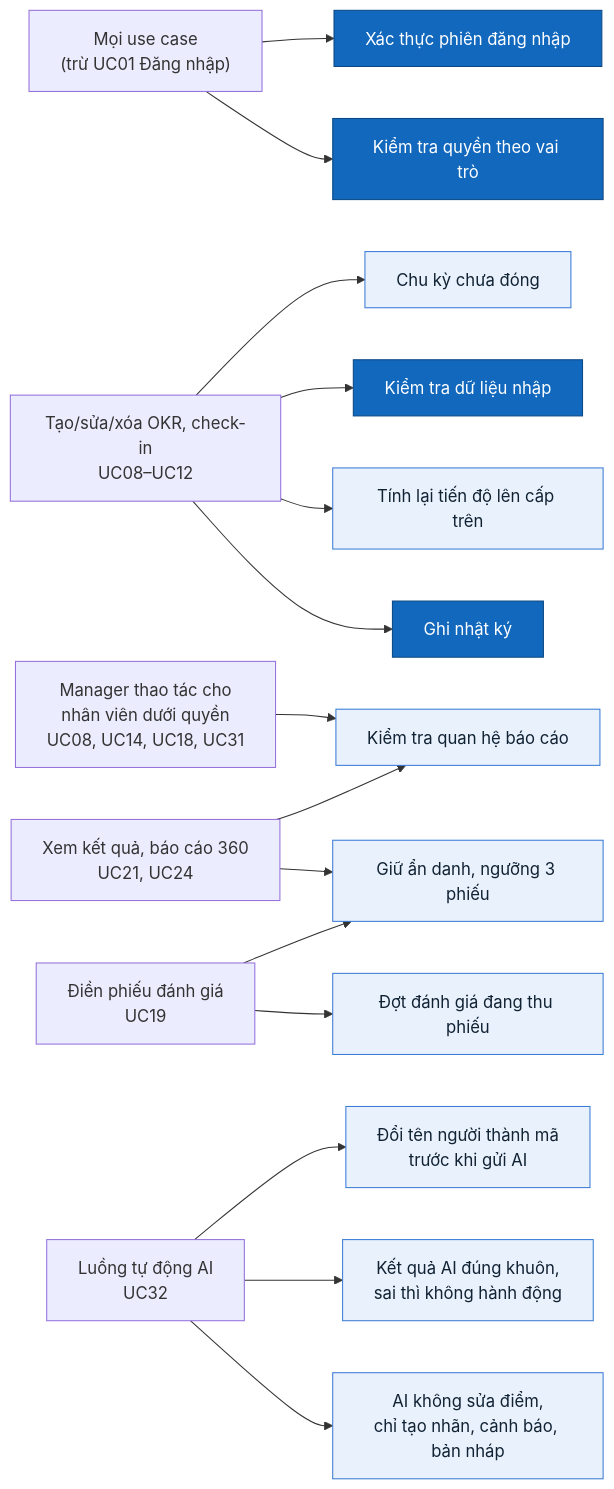
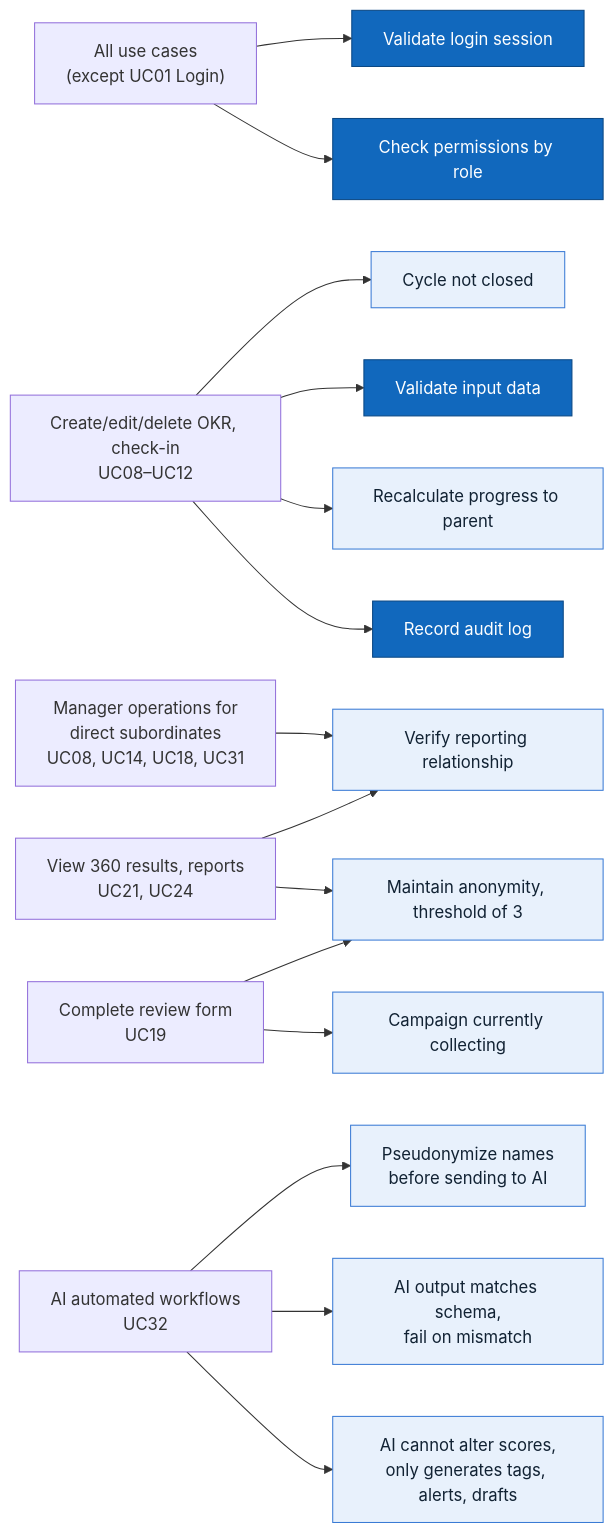
Before and after one commit to Akaza-ban/OCK-360: the fourth of 4 diagrams in docs/03-use-cases.md, drawn with Mermaid. The commit also changed other lines of this file and 24 other files, not shown here.

````diff
--- a/docs/03-use-cases.md
+++ b/docs/03-use-cases.md
@@ -181,32 +181,32 @@
 ```mermaid
 flowchart LR
-    any["Mọi use case<br/>(trừ UC01 Đăng nhập)"]
-    okr["Tạo/sửa/xóa OKR, check-in<br/>UC08–UC12"]
-    mgrAct["Manager thao tác cho<br/>nhân viên dưới quyền<br/>UC08, UC14, UC18, UC31"]
-    result["Xem kết quả, báo cáo 360<br/>UC21, UC24"]
-    review["Điền phiếu đánh giá<br/>UC19"]
-    aiflow["Luồng tự động AI<br/>UC32"]
+    any["All use cases<br/>(except UC01 Login)"]
+    okr["Create/edit/delete OKR, check-in<br/>UC08–UC12"]
+    mgrAct["Manager operations for<br/>direct subordinates<br/>UC08, UC14, UC18, UC31"]
+    result["View 360 results, reports<br/>UC21, UC24"]
+    review["Complete review form<br/>UC19"]
+    aiflow["AI automated workflows<br/>UC32"]
 
-    auth["Xác thực phiên đăng nhập"]:::shared
-    rbac["Kiểm tra quyền theo vai trò"]:::shared
-    cycle["Chu kỳ chưa đóng"]:::rule
-    validate["Kiểm tra dữ liệu nhập"]:::shared
-    rollup["Tính lại tiến độ lên cấp trên"]:::rule
-    audit["Ghi nhật ký"]:::shared
-    scope["Kiểm tra quan hệ báo cáo"]:::rule
-    anon["Giữ ẩn danh, ngưỡng 3 phiếu"]:::rule
-    campaign["Đợt đánh giá đang thu phiếu"]:::rule
-    pseudo["Đổi tên người thành mã<br/>trước khi gửi AI"]:::rule
-    schema["Kết quả AI đúng khuôn,<br/>sai thì không hành động"]:::rule
-    readonly["AI không sửa điểm,<br/>chỉ tạo nhãn, cảnh báo, bản nháp"]:::rule
+    auth["Validate login session"]:::shared
+    rbac["Check permissions by role"]:::shared
+    cycle["Cycle not closed"]:::rule
+    validate["Validate input data"]:::shared
+    rollup["Recalculate progress to parent"]:::rule
+    audit["Record audit log"]:::shared
+    scope["Verify reporting relationship"]:::rule
+    anon["Maintain anonymity, threshold of 3"]:::rule
+    campaign["Campaign currently collecting"]:::rule
+    pseudo["Pseudonymize names<br/>before sending to AI"]:::rule
+    schema["AI output matches schema,<br/>fail on mismatch"]:::rule
+    readonly["AI cannot alter scores,<br/>only generates tags, alerts, drafts"]:::rule
 
     any --> auth & rbac
     okr --> cycle & validate & rollup & audit
     mgrAct --> scope
     result --> scope & anon
     review --> anon & campaign
     aiflow --> pseudo & schema & readonly
 
     classDef shared fill:#1168bd,color:#fff,stroke:#0b4884
     classDef rule fill:#e8f1fc,color:#123,stroke:#3a7bd5
 ```
````
